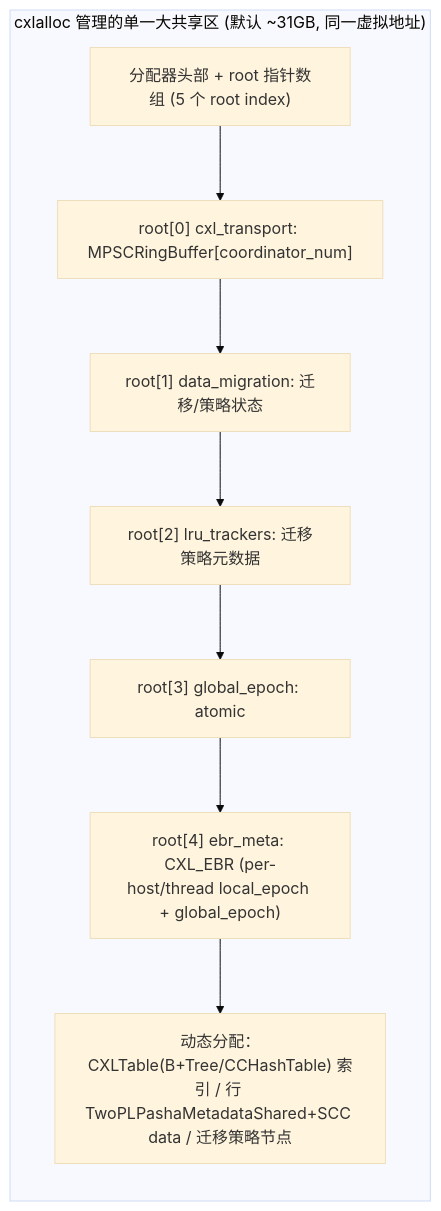
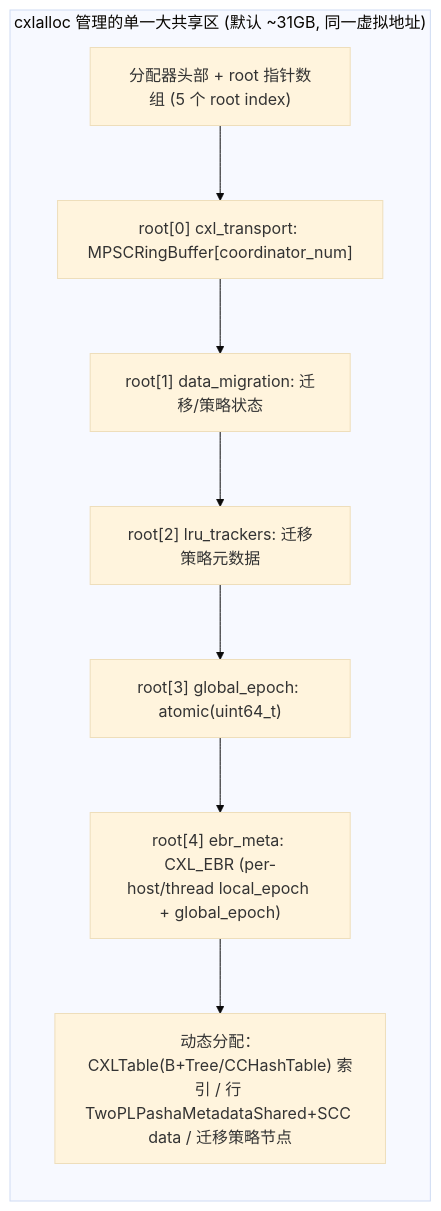
Before and after one commit to solutive-player/tigon: the second of 17 diagrams in architecture.md, drawn with Mermaid (base theme). The commit also changed other lines of this file, not shown here.

First line of the commit message:
docs: fix mermaid rendering on GitHub

````diff
--- a/architecture.md
+++ b/architecture.md
@@ -100,13 +100,13 @@
 ```mermaid
 flowchart LR
     subgraph CXLREGION["cxlalloc 管理的单一大共享区 (默认 ~31GB, 同一虚拟地址)"]
         HDR["分配器头部 + root 指针数组 (5 个 root index)"]
         R0["root[0] cxl_transport: MPSCRingBuffer[coordinator_num]"]
         R1["root[1] data_migration: 迁移/策略状态"]
         R2["root[2] lru_trackers: 迁移策略元数据"]
-        R3["root[3] global_epoch: atomic<uint64_t>"]
+        R3["root[3] global_epoch: atomic(uint64_t)"]
         R4["root[4] ebr_meta: CXL_EBR (per-host/thread local_epoch + global_epoch)"]
         DYN["动态分配：CXLTable(B+Tree/CCHashTable) 索引 / 行 TwoPLPashaMetadataShared+SCC data / 迁移策略节点"]
     end
     HDR --> R0 --> R1 --> R2 --> R3 --> R4 --> DYN
 ```
````
